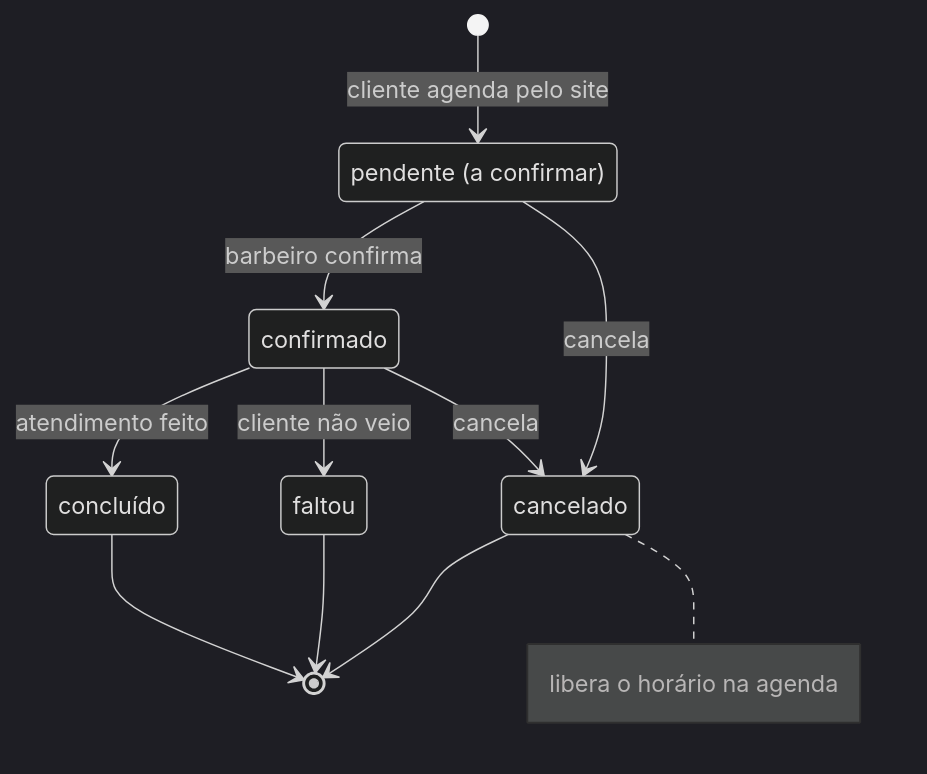
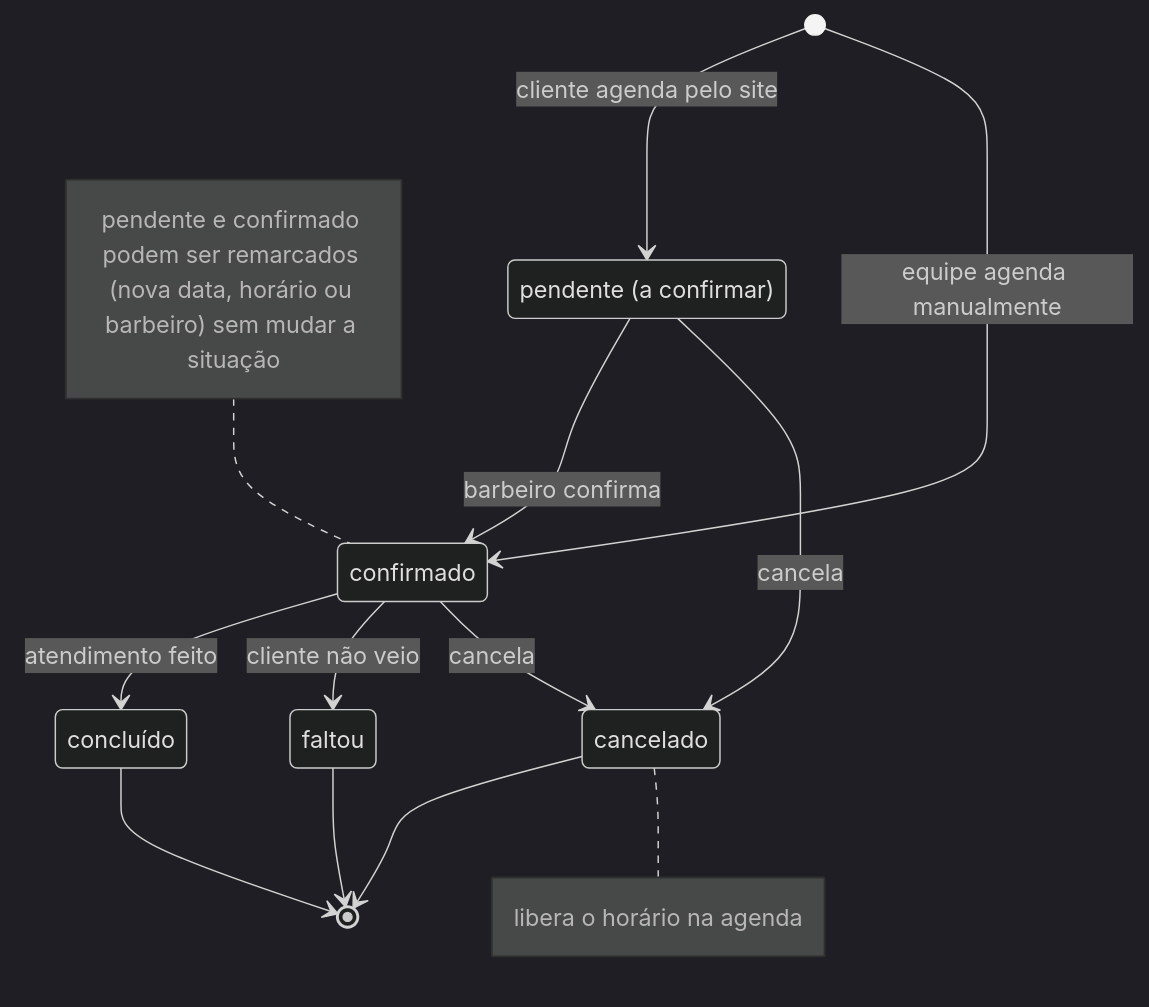
The diagram in docs/diagramas/fonte/08-estados.mmd (GustavoResendeDev/V2.AtividadeEscolar), drawn with Mermaid (dark theme) before and after one commit. The commit also changed 69 other files, not shown here.

```diff
--- a/docs/diagramas/fonte/08-estados.mmd
+++ b/docs/diagramas/fonte/08-estados.mmd
@@ -1,14 +1,16 @@
 stateDiagram-v2
   direction TB
   state "concluído" as concluido
   state "pendente (a confirmar)" as pendente
   [*] --> pendente: cliente agenda pelo site
+  [*] --> confirmado: equipe agenda manualmente
   pendente --> confirmado: barbeiro confirma
   pendente --> cancelado: cancela
   confirmado --> concluido: atendimento feito
   confirmado --> faltou: cliente não veio
   confirmado --> cancelado: cancela
   concluido --> [*]
   faltou --> [*]
   cancelado --> [*]
   note right of cancelado: libera o horário na agenda
+  note left of confirmado: pendente e confirmado podem ser remarcados (nova data, horário ou barbeiro) sem mudar a situação
```
